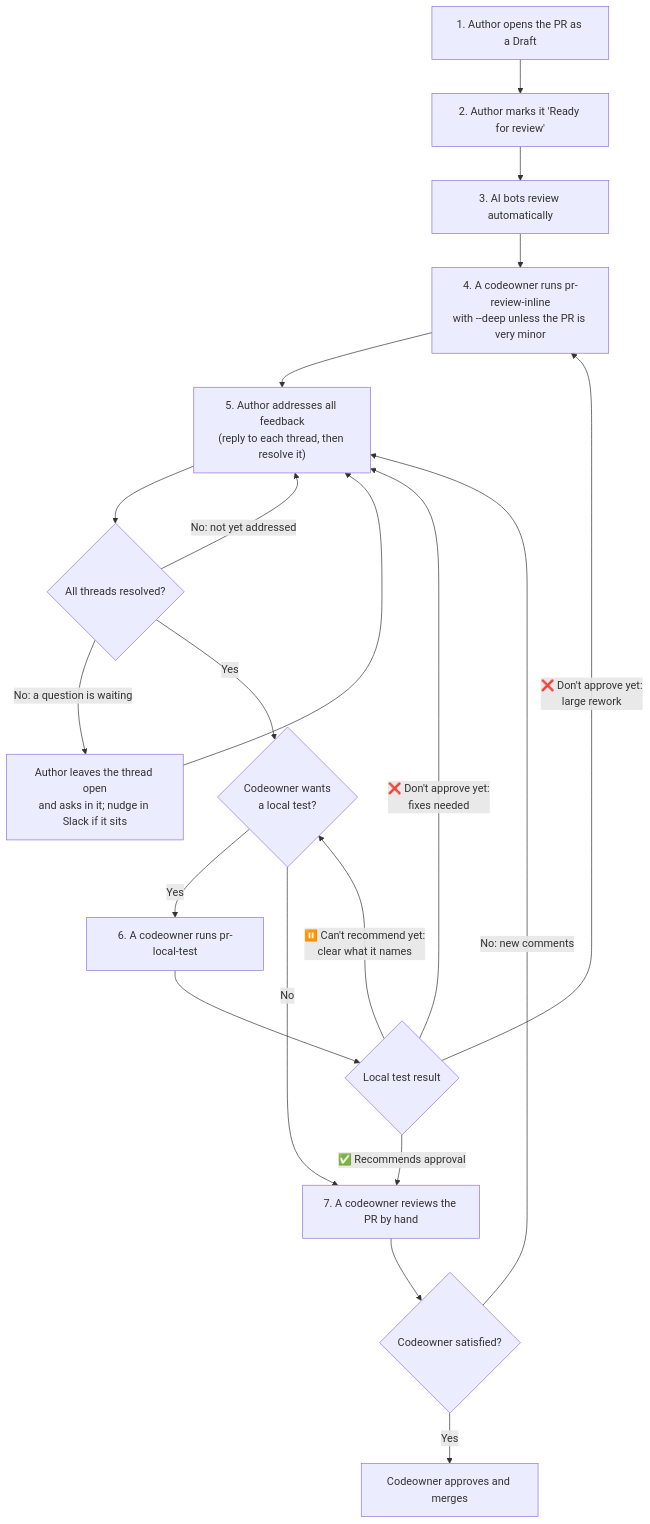
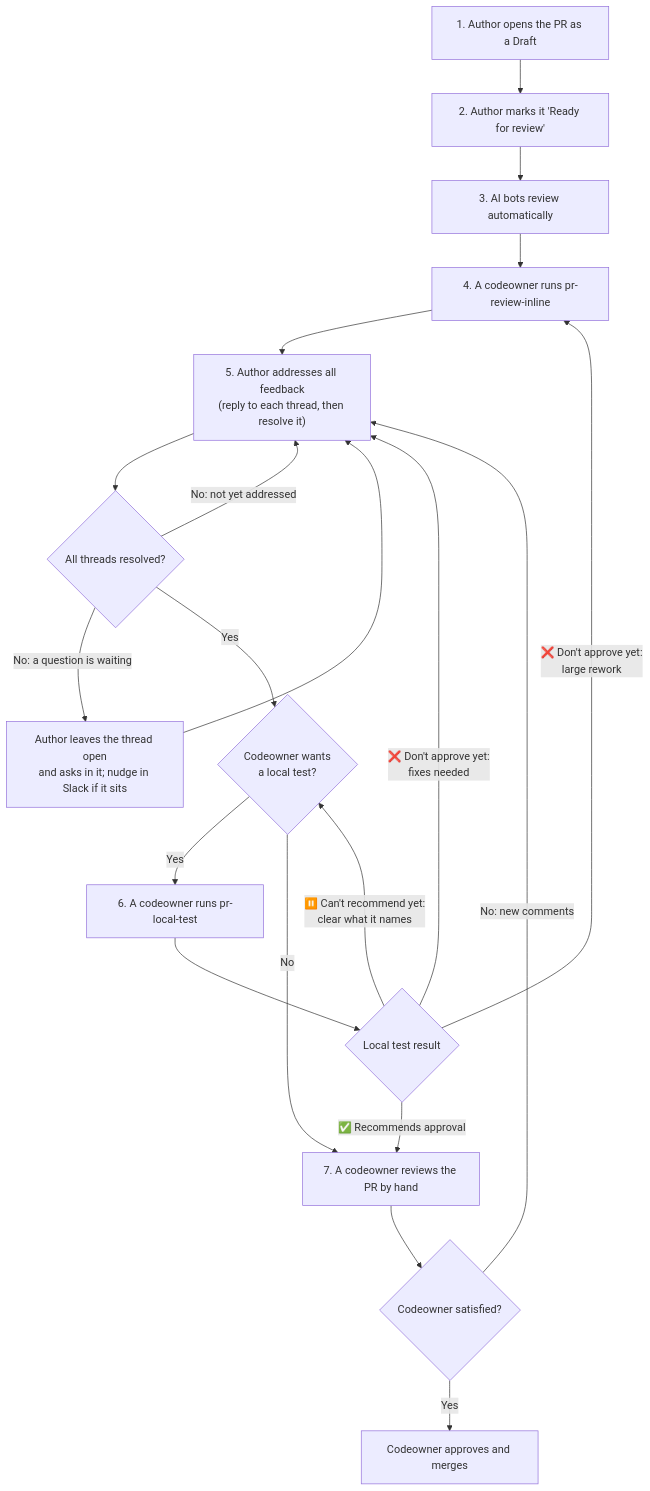
One commit to F3-Nation/f3-nation changed the diagram in docs/PR_REVIEW_PROCESS.md. Above: the diagram before and after it, drawn with Mermaid. The commit also changed other lines of this file and 13 other files, not shown here.

First line of the commit message:
chore(repo): bundle pr-review-inline's reviewers and retire code-review skill

````diff
--- a/docs/PR_REVIEW_PROCESS.md
+++ b/docs/PR_REVIEW_PROCESS.md
@@ -9,22 +9,22 @@
 ```mermaid
 flowchart TD
     A["1. Author opens the PR as a Draft"] --> B["2. Author marks it 'Ready for review'"]
     B --> C["3. AI bots review automatically"]
-    C --> D["4. A codeowner runs pr-review-inline<br/>with --deep unless the PR is very minor"]
+    C --> D["4. A codeowner runs pr-review-inline"]
     D --> E["5. Author addresses all feedback<br/>(reply to each thread, then resolve it)"]
     E --> F{"All threads resolved?"}
     F -- "No: not yet addressed" --> E
     F -- "No: a question is waiting" --> Q["Author leaves the thread open<br/>and asks in it; nudge in Slack if it sits"]
     Q --> E
     F -- Yes --> L{"Codeowner wants<br/>a local test?"}
     L -- Yes --> G["6. A codeowner runs pr-local-test"]
     L -- No --> I
     G --> H{"Local test result"}
     H -- "❌ Don't approve yet:<br/>fixes needed" --> E
     H -- "❌ Don't approve yet:<br/>large rework" --> D
     H -- "⏸️ Can't recommend yet:<br/>clear what it names" --> L
     H -- "✅ Recommends approval" --> I["7. A codeowner reviews the PR by hand"]
     I --> J{"Codeowner satisfied?"}
     J -- "No: new comments" --> E
     J -- Yes --> K["Codeowner approves and merges"]
 ```
````
